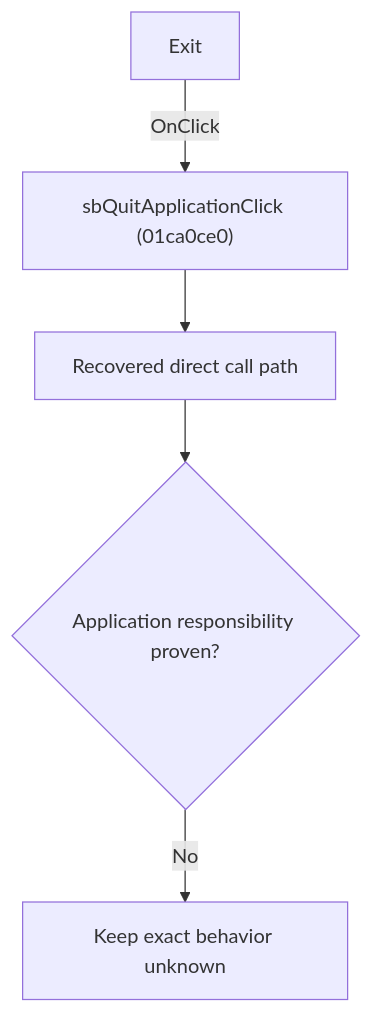
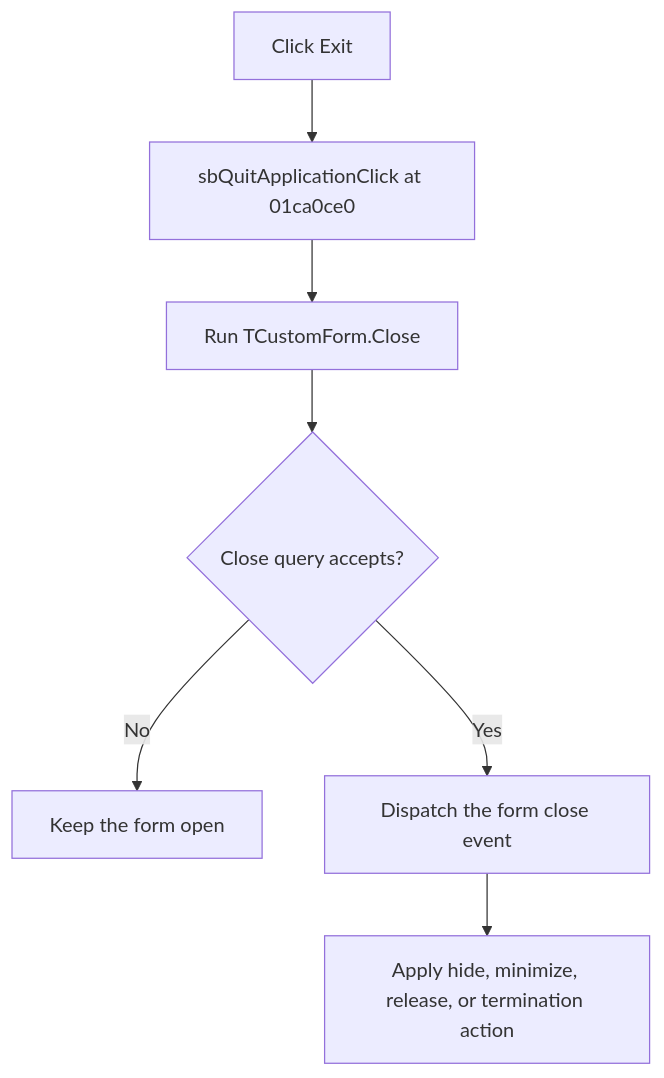
Before and after one commit to MovGP0/TIARA: the diagram in docs/ui-controls/schematiceditor/sbquitapplication-e994f0b9d0.md, drawn with Mermaid. The commit also changed other lines of this file and 241 other files, not shown here.

````diff
--- a/docs/ui-controls/schematiceditor/sbquitapplication-e994f0b9d0.md
+++ b/docs/ui-controls/schematiceditor/sbquitapplication-e994f0b9d0.md
@@ -27,7 +25,9 @@
 ```mermaid
 flowchart TD
-    control["Exit"] -->|"OnClick"| handler["sbQuitApplicationClick (01ca0ce0)"]
-    handler --> recovered["Recovered direct call path"]
-    recovered --> gap{"Application responsibility proven?"}
-    gap -->|"No"| blocked["Keep exact behavior unknown"]
+    control["Click Exit"] --> handler["sbQuitApplicationClick at 01ca0ce0"]
+    handler --> close["Run TCustomForm.Close"]
+    close --> query{"Close query accepts?"}
+    query -->|"No"| remain["Keep the form open"]
+    query -->|"Yes"| event["Dispatch the form close event"]
+    event --> action["Apply hide, minimize, release, or termination action"]
 ```
````
